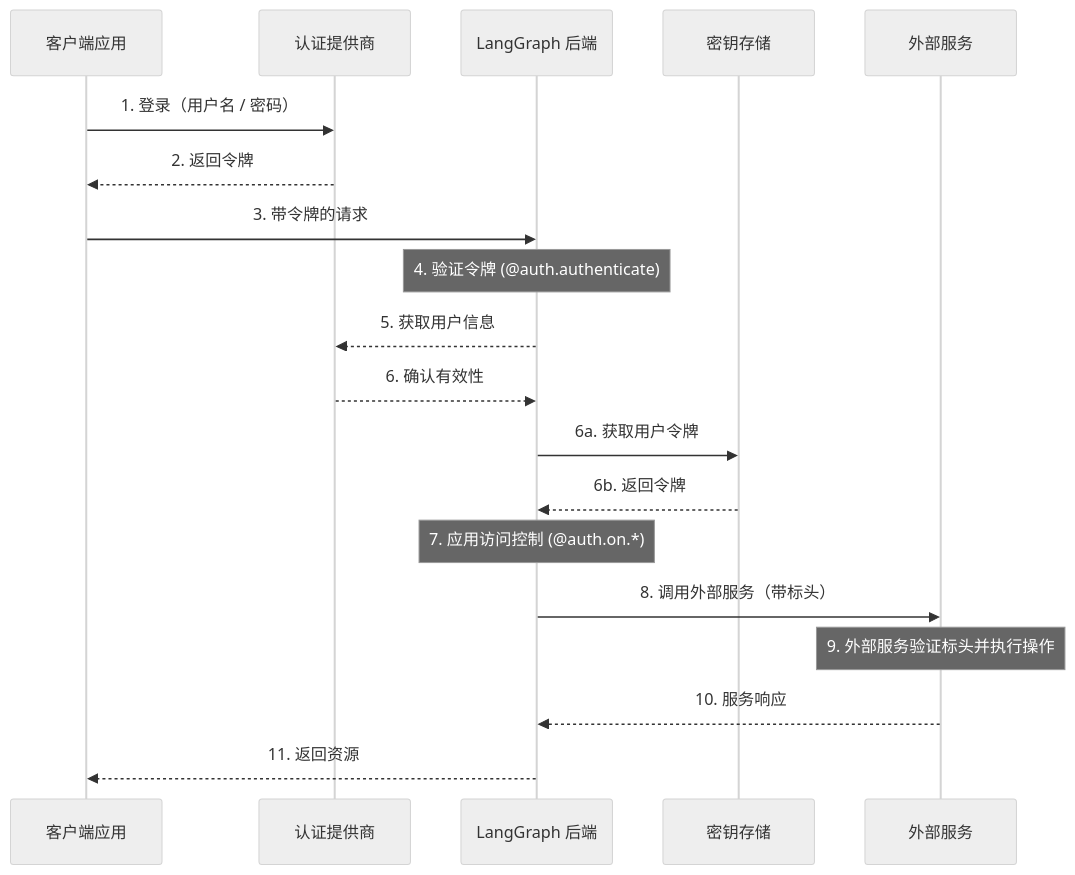
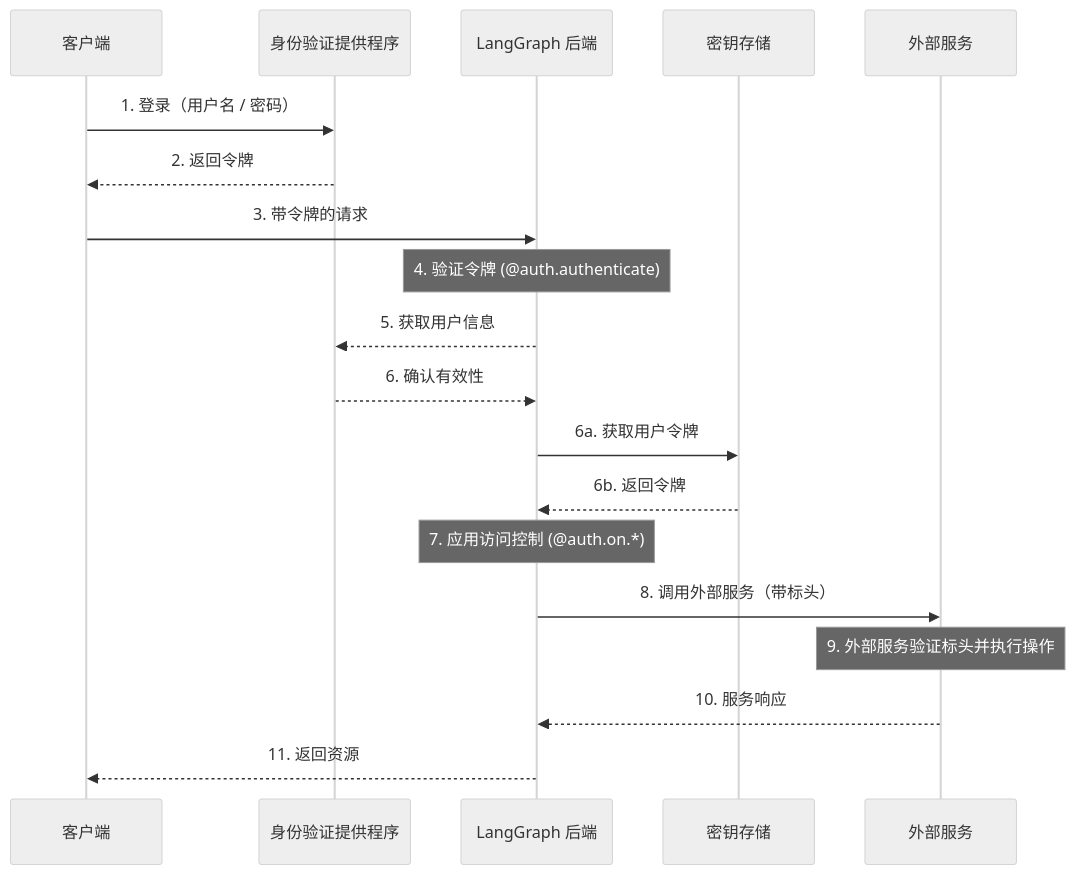
Before and after one commit to woniu9524/langgraph: the second of 2 diagrams in docs/docs/concepts/auth.md, drawn with Mermaid (neutral theme). The commit also changed other lines of this file and 123 other files, not shown here.

````diff
--- a/docs/docs/concepts/auth.md
+++ b/docs/docs/concepts/auth.md
@@ -149,32 +213,32 @@
 ```mermaid
 sequenceDiagram
   %% Actors
-  participant ClientApp as 客户端应用
-  participant AuthProv  as 认证提供商
+  participant ClientApp as 客户端
+  participant AuthProv  as 身份验证提供程序
   participant LangGraph as LangGraph 后端
   participant SecretStore as 密钥存储
   participant ExternalService as 外部服务
 
-  %% 平台登录 / AuthN
+  %% Platform login / AuthN
   ClientApp  ->> AuthProv: 1. 登录（用户名 / 密码）
   AuthProv   -->> ClientApp: 2. 返回令牌
   ClientApp  ->> LangGraph: 3. 带令牌的请求
 
   Note over LangGraph: 4. 验证令牌 (@auth.authenticate)
   LangGraph  -->> AuthProv: 5. 获取用户信息
   AuthProv   -->> LangGraph: 6. 确认有效性
 
-  %% 从密钥存储获取用户令牌
+  %% Fetch user tokens from secret store
   LangGraph  ->> SecretStore: 6a. 获取用户令牌
   SecretStore -->> LangGraph: 6b. 返回令牌
 
   Note over LangGraph: 7. 应用访问控制 (@auth.on.*)
 
-  %% 外部服务往返
+  %% External Service round-trip
   LangGraph  ->> ExternalService: 8. 调用外部服务（带标头）
   Note over ExternalService: 9. 外部服务验证标头并执行操作
   ExternalService  -->> LangGraph: 10. 服务响应
 
-  %% 返回给调用者
+  %% Return to caller
   LangGraph  -->> ClientApp: 11. 返回资源
 ```
````
